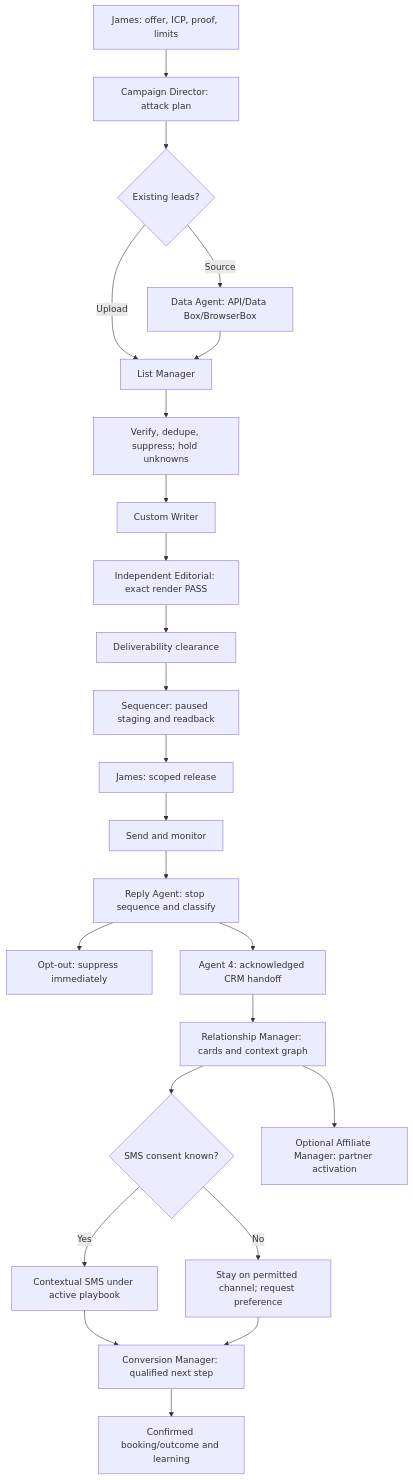
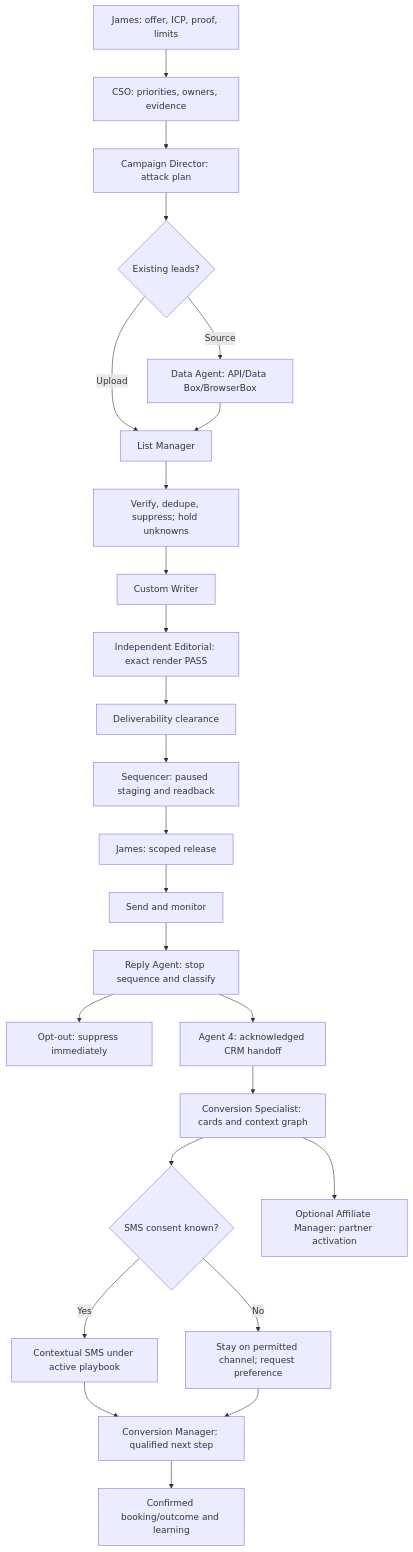
One commit to jbellsolutions/james-camp-ai-guy-gtm changed the diagram in docs/WORKFLOW.md. Above: the diagram before and after it, drawn with Mermaid. The commit also changed other lines of this file and 49 other files, not shown here.

````diff
--- a/docs/WORKFLOW.md
+++ b/docs/WORKFLOW.md
@@ -3,26 +3,27 @@
 ```mermaid
 flowchart TD
-  A[James: offer, ICP, proof, limits] --> B[Campaign Director: attack plan]
+  A[James: offer, ICP, proof, limits] --> CSO[CSO: priorities, owners, evidence]
+  CSO --> B[Campaign Director: attack plan]
   B --> C{Existing leads?}
   C -->|Upload| D[List Manager]
   C -->|Source| E[Data Agent: API/Data Box/BrowserBox]
   E --> D
   D --> F[Verify, dedupe, suppress; hold unknowns]
   F --> G[Custom Writer]
   G --> H[Independent Editorial: exact render PASS]
   H --> I[Deliverability clearance]
   I --> J[Sequencer: paused staging and readback]
   J --> K[James: scoped release]
   K --> L[Send and monitor]
   L --> M[Reply Agent: stop sequence and classify]
   M --> N[Opt-out: suppress immediately]
   M --> O[Agent 4: acknowledged CRM handoff]
-  O --> P[Relationship Manager: cards and context graph]
+  O --> P[Conversion Specialist: cards and context graph]
   P --> Q{SMS consent known?}
   Q -->|No| R[Stay on permitted channel; request preference]
   Q -->|Yes| S[Contextual SMS under active playbook]
   S --> T[Conversion Manager: qualified next step]
   R --> T
   P --> U[Optional Affiliate Manager: partner activation]
   T --> V[Confirmed booking/outcome and learning]
 ```
````
